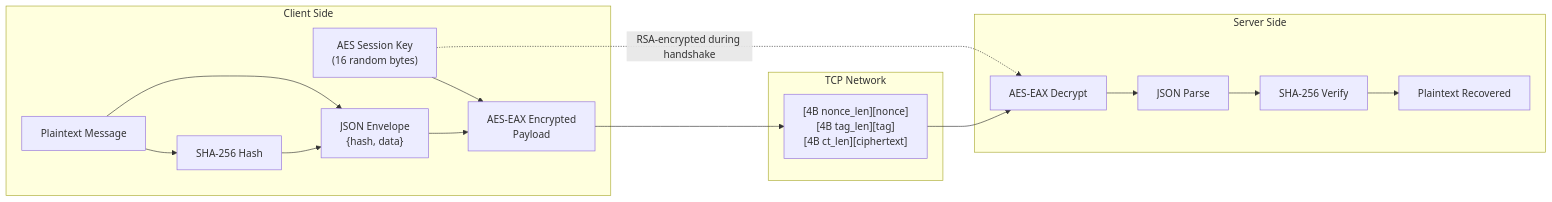
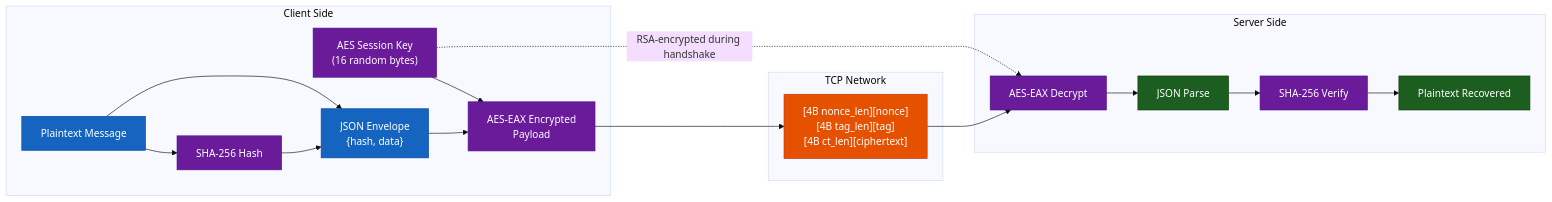
The second of 14 diagrams in PROJECT_DOCUMENTATION.md (HeshamAfandi/Secure-Communication-System), drawn with Mermaid before and after one commit. The commit also changed other lines of this file, not shown here.

Commit message:
made the diagrams colored

````diff
--- a/PROJECT_DOCUMENTATION.md
+++ b/PROJECT_DOCUMENTATION.md
@@ -147,33 +154,39 @@
 ```mermaid
+%%{init: {'theme': 'base'}}%%
 flowchart LR
+    classDef clientNode  fill:#1565C0,stroke:#0D47A1,color:#FFFFFF
+    classDef cryptoNode  fill:#6A1B9A,stroke:#4A148C,color:#FFFFFF
+    classDef networkNode fill:#E65100,stroke:#BF360C,color:#FFFFFF
+    classDef serverNode  fill:#1B5E20,stroke:#0D3B00,color:#FFFFFF
+
     subgraph CLIENT_SIDE["Client Side"]
-        C1["Plaintext Message"]
-        C2["AES Session Key<br/>(16 random bytes)"]
-        C3["SHA-256 Hash"]
-        C4["JSON Envelope<br/>{hash, data}"]
-        C5["AES-EAX Encrypted<br/>Payload"]
+        C1["Plaintext Message"]:::clientNode
+        C2["AES Session Key<br/>(16 random bytes)"]:::cryptoNode
+        C3["SHA-256 Hash"]:::cryptoNode
+        C4["JSON Envelope<br/>{hash, data}"]:::clientNode
+        C5["AES-EAX Encrypted<br/>Payload"]:::cryptoNode
     end
 
     subgraph NETWORK["TCP Network"]
-        N1["[4B nonce_len][nonce]<br/>[4B tag_len][tag]<br/>[4B ct_len][ciphertext]"]
+        N1["[4B nonce_len][nonce]<br/>[4B tag_len][tag]<br/>[4B ct_len][ciphertext]"]:::networkNode
     end
 
     subgraph SERVER_SIDE["Server Side"]
-        S1["AES-EAX Decrypt"]
-        S2["JSON Parse"]
-        S3["SHA-256 Verify"]
-        S4["Plaintext Recovered"]
+        S1["AES-EAX Decrypt"]:::cryptoNode
+        S2["JSON Parse"]:::serverNode
+        S3["SHA-256 Verify"]:::cryptoNode
+        S4["Plaintext Recovered"]:::serverNode
     end
 
     C1 --> C3
     C1 --> C4
     C3 --> C4
     C2 --> C5
     C4 --> C5
     C5 --> N1
     N1 --> S1
     C2 -.->|"RSA-encrypted during handshake"| S1
     S1 --> S2
     S2 --> S3
     S3 --> S4
 ```
````
